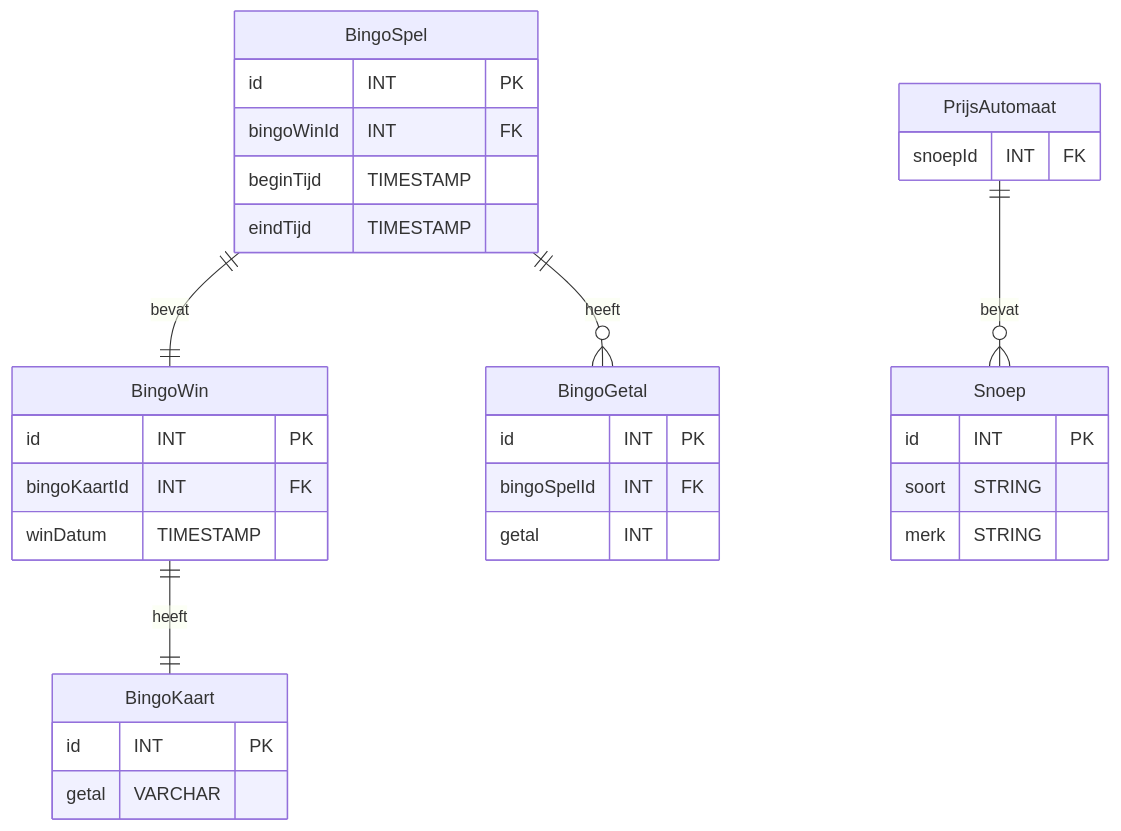
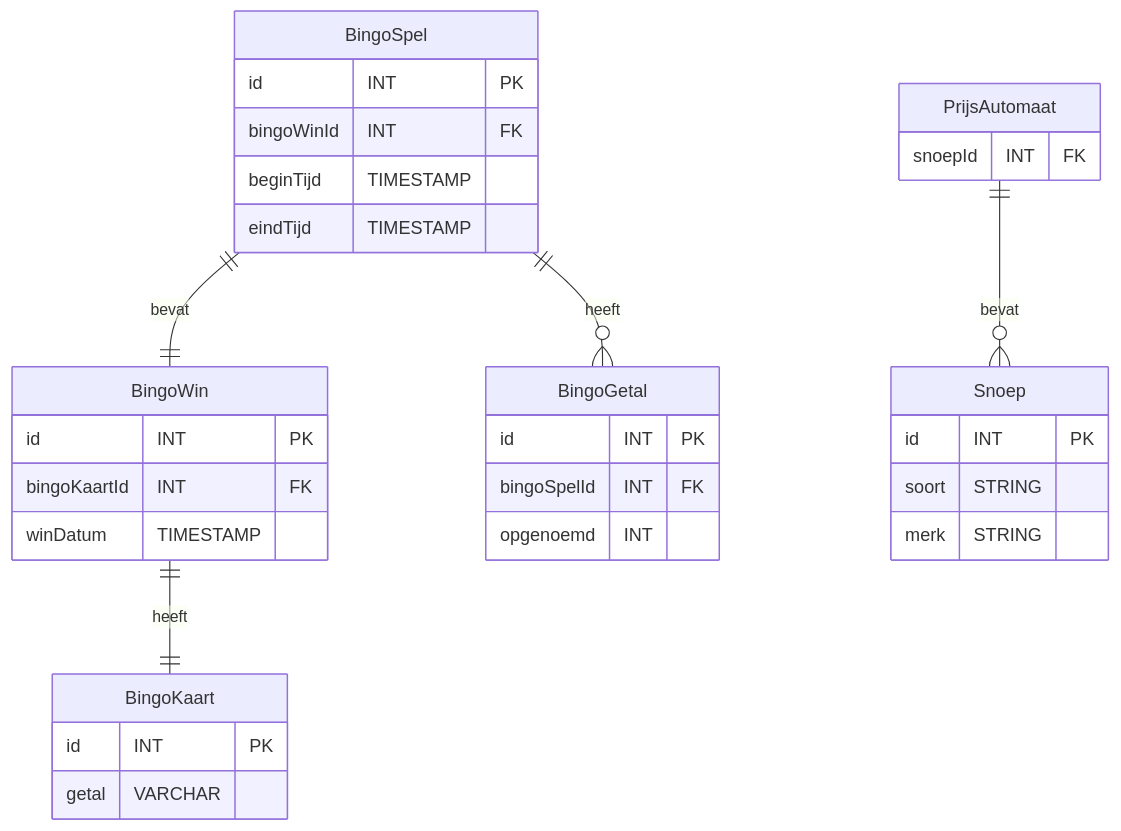
Before and after one commit to almukhabarat/bingo_game_elderly: the third of 3 diagrams in docs/database/database_erd_concept.md, drawn with Mermaid. The commit also changed 2 other files, not shown here.

Commit message:
apart branch gecreeërd

````diff
--- a/docs/database/database_erd_concept.md
+++ b/docs/database/database_erd_concept.md
@@ -73,41 +73,41 @@
 ```mermaid
     erDiagram
         BingoSpel ||--|| BingoWin: bevat
         BingoWin ||--|| BingoKaart: heeft 
         BingoSpel ||--o{ BingoGetal: heeft
         PrijsAutomaat ||--o{ Snoep: bevat
 
         BingoGetal {
             id INT PK
             bingoSpelId INT FK
-            getal INT
+            opgenoemd INT
         }
 
         BingoKaart {
             id INT PK
             getal VARCHAR
         }
 
         BingoWin {
             id INT PK
             bingoKaartId INT FK
             winDatum TIMESTAMP
         }
 
         BingoSpel {
             id INT PK
             bingoWinId INT FK
             beginTijd TIMESTAMP 
             eindTijd TIMESTAMP 
         }
 
         PrijsAutomaat {
             snoepId INT FK
         }
 
         Snoep {
             id INT PK
             soort STRING
             merk STRING
         }
 ```
````
